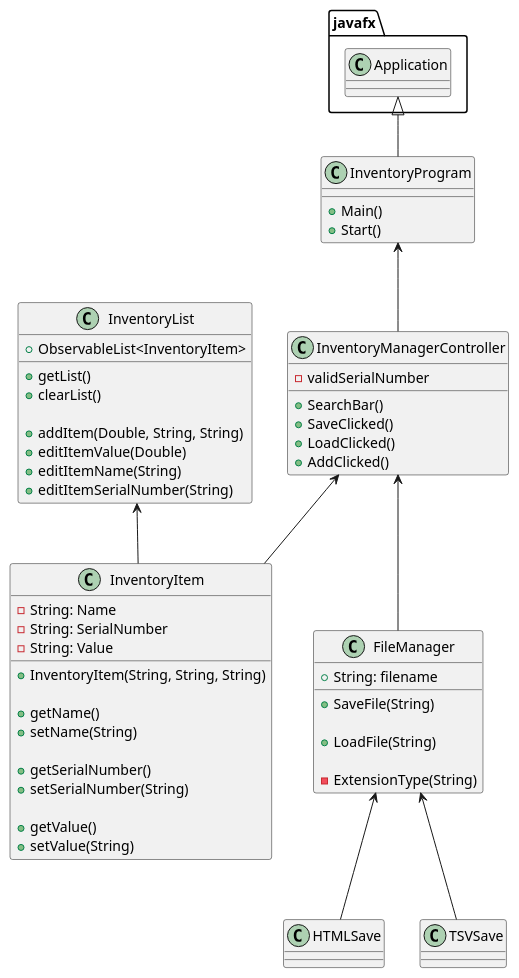
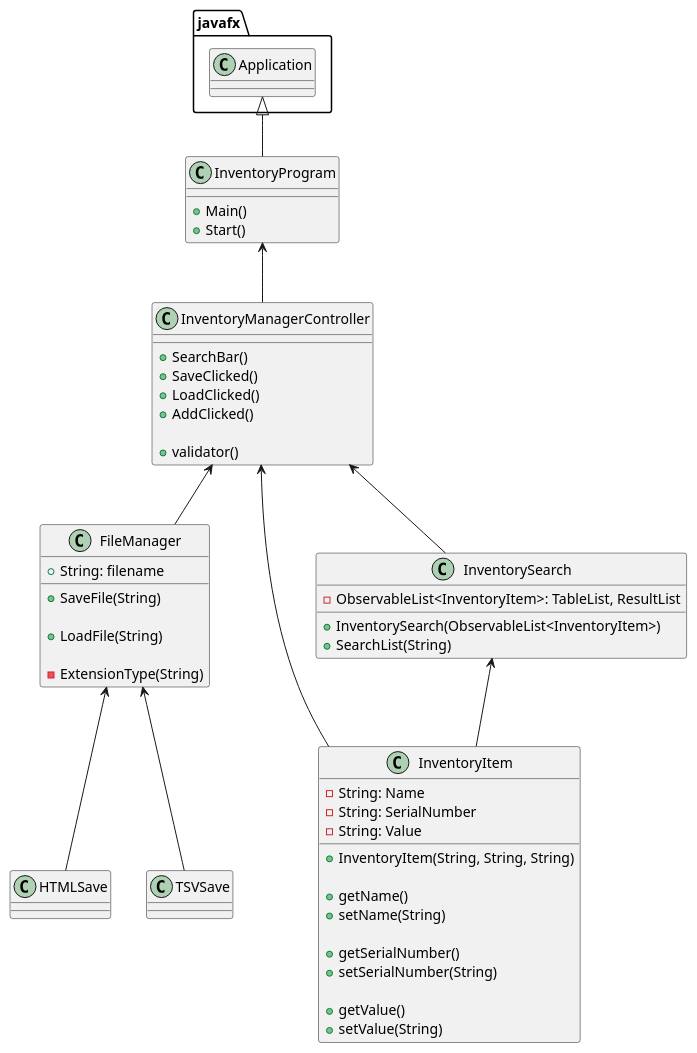
The diagram in UML/Main.puml (Chabs64/higgins-1720-a5), drawn with PlantUML before and after one commit. The commit also changed 3 other files, not shown here.

```diff
--- a/UML/Main.puml
+++ b/UML/Main.puml
@@ -1,85 +1,81 @@
 @startuml
 
 javafx.Application <|-- InventoryProgram
 InventoryProgram <-- InventoryManagerController
 InventoryManagerController <-- FileManager
 FileManager <-- HTMLSave
 FileManager <-- TSVSave
 
 InventoryManagerController <-- InventoryItem
-InventoryList <-- InventoryItem
+InventorySearch <-- InventoryItem
+InventoryManagerController <-- InventorySearch
 
 class InventoryProgram
 {
     + Main()
     + Start()
 }
 
 
 class InventoryManagerController
 {
-    - validSerialNumber
-
     + SearchBar()
     + SaveClicked()
     + LoadClicked()
     + AddClicked()
+
+    + validator()
 }
 
 
-class InventoryList
+class InventorySearch
 {
-    + ObservableList<InventoryItem>
+    - ObservableList<InventoryItem>: TableList, ResultList
 
-    + getList()
-    + clearList()
-
-    + addItem(Double, String, String)
-    + editItemValue(Double)
-    + editItemName(String)
-    + editItemSerialNumber(String)
+    + InventorySearch(ObservableList<InventoryItem>)
+    + SearchList(String)
 }
 
 
 class InventoryItem
 {
     - String: Name
     - String: SerialNumber
     - String: Value
 
     + InventoryItem(String, String, String)
 
     + getName()
     + setName(String)
 
     + getSerialNumber()
     + setSerialNumber(String)
 
     + getValue()
     + setValue(String)
 }
 
 
 class FileManager
 {
     + String: filename
 
     + SaveFile(String)
 
     + LoadFile(String)
 
     - ExtensionType(String)
 }
 
 class HTMLSave
 {
 
 }
 
 class TSVSave
 {
 
 }
 
 
 @enduml
```
